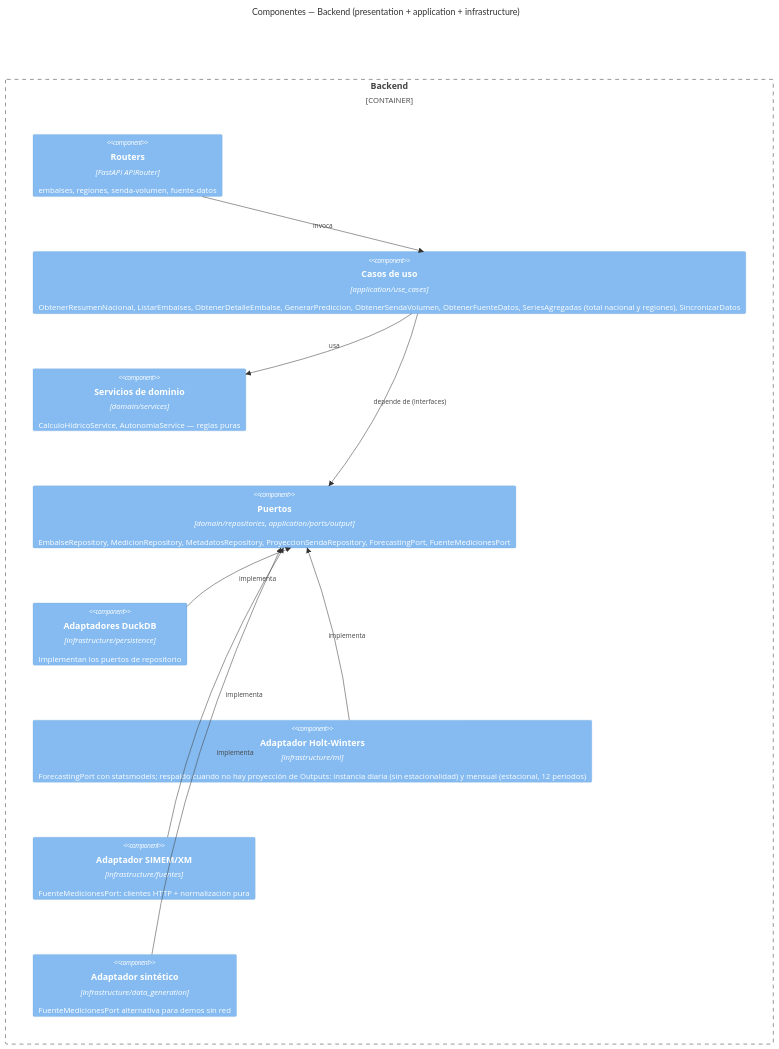
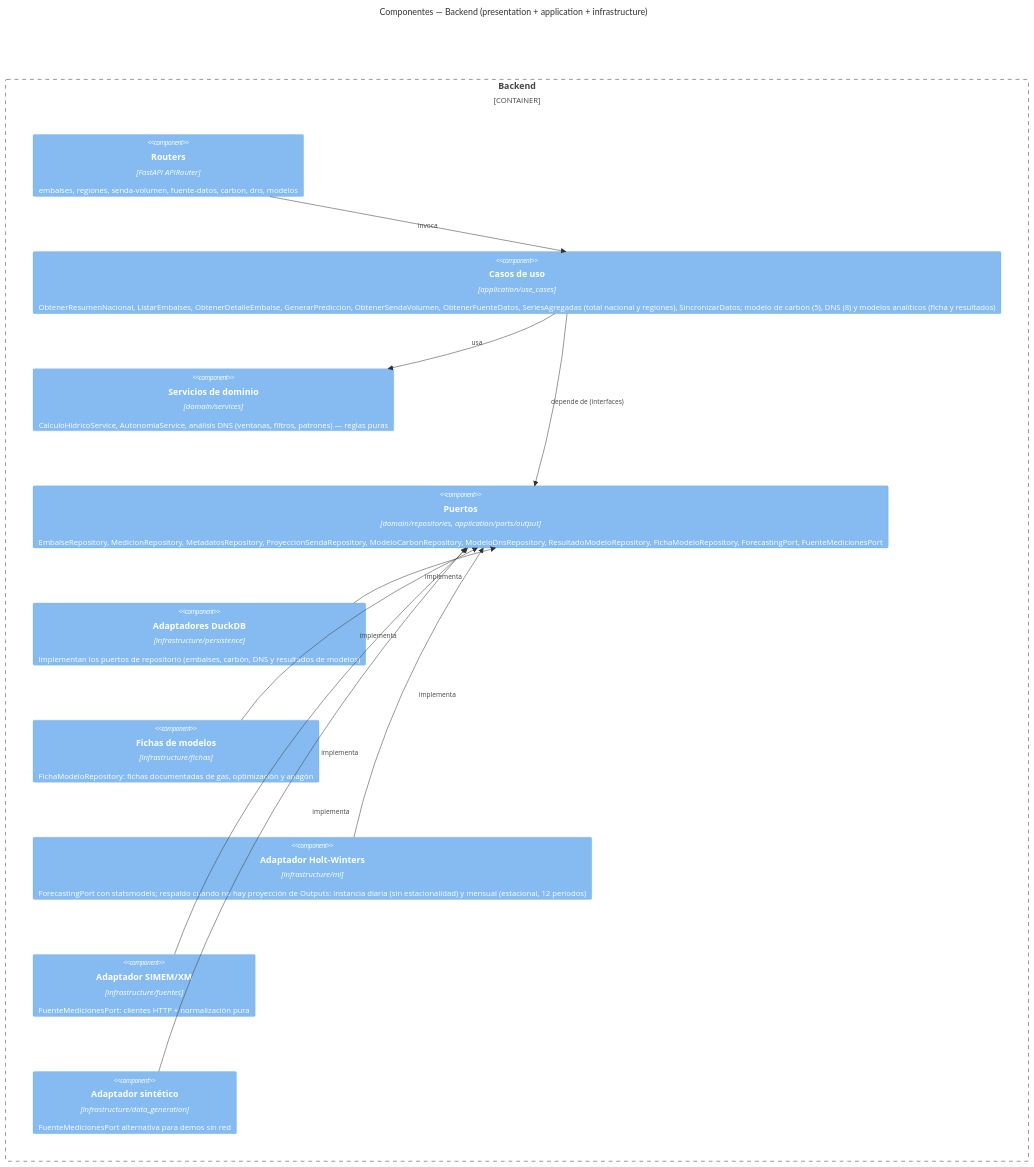
One commit to alerogoz85/plataforma-embalses changed the third of 3 diagrams in README.md. Above: the diagram before and after it, drawn with Mermaid. The commit also changed other lines of this file and 1 other file, not shown here.

Commit message:
README: marca «Tableros Analíticos», diagramas C4 y README del frontend al día (#27)

````diff
--- a/README.md
+++ b/README.md
@@ -121,23 +128,25 @@
 ```mermaid
 C4Component
     title Componentes — Backend (presentation + application + infrastructure)
 
     Container_Boundary(api, "Backend") {
-        Component(routers, "Routers", "FastAPI APIRouter", "embalses, regiones, senda-volumen, fuente-datos")
-        Component(usecases, "Casos de uso", "application/use_cases", "ObtenerResumenNacional, ListarEmbalses, ObtenerDetalleEmbalse, GenerarPrediccion, ObtenerSendaVolumen, ObtenerFuenteDatos, SeriesAgregadas (total nacional y regiones), SincronizarDatos")
-        Component(domainsvc, "Servicios de dominio", "domain/services", "CalculoHidricoService, AutonomiaService — reglas puras")
-        Component(ports, "Puertos", "domain/repositories, application/ports/output", "EmbalseRepository, MedicionRepository, MetadatosRepository, ProyeccionSendaRepository, ForecastingPort, FuenteMedicionesPort")
-        Component(duckdbrepo, "Adaptadores DuckDB", "infrastructure/persistence", "Implementan los puertos de repositorio")
+        Component(routers, "Routers", "FastAPI APIRouter", "embalses, regiones, senda-volumen, fuente-datos, carbon, dns, modelos")
+        Component(usecases, "Casos de uso", "application/use_cases", "ObtenerResumenNacional, ListarEmbalses, ObtenerDetalleEmbalse, GenerarPrediccion, ObtenerSendaVolumen, ObtenerFuenteDatos, SeriesAgregadas (total nacional y regiones), SincronizarDatos; modelo de carbón (5), DNS (8) y modelos analíticos (ficha y resultados)")
+        Component(domainsvc, "Servicios de dominio", "domain/services", "CalculoHidricoService, AutonomiaService, análisis DNS (ventanas, filtros, patrones) — reglas puras")
+        Component(ports, "Puertos", "domain/repositories, application/ports/output", "EmbalseRepository, MedicionRepository, MetadatosRepository, ProyeccionSendaRepository, ModeloCarbonRepository, ModeloDnsRepository, ResultadoModeloRepository, FichaModeloRepository, ForecastingPort, FuenteMedicionesPort")
+        Component(duckdbrepo, "Adaptadores DuckDB", "infrastructure/persistence", "Implementan los puertos de repositorio (embalses, carbón, DNS y resultados de modelos)")
+        Component(fichas, "Fichas de modelos", "infrastructure/fichas", "FichaModeloRepository: fichas documentadas de gas, optimización y apagón")
         Component(mlservice, "Adaptador Holt-Winters", "infrastructure/ml", "ForecastingPort con statsmodels; respaldo cuando no hay proyección de Outputs: instancia diaria (sin estacionalidad) y mensual (estacional, 12 periodos)")
         Component(fuente, "Adaptador SIMEM/XM", "infrastructure/fuentes", "FuenteMedicionesPort: clientes HTTP + normalización pura")
         Component(sintetica, "Adaptador sintético", "infrastructure/data_generation", "FuenteMedicionesPort alternativa para demos sin red")
     }
 
     Rel(routers, usecases, "invoca")
     Rel(usecases, domainsvc, "usa")
     Rel(usecases, ports, "depende de (interfaces)")
     Rel(duckdbrepo, ports, "implementa")
     Rel(mlservice, ports, "implementa")
     Rel(fuente, ports, "implementa")
     Rel(sintetica, ports, "implementa")
+    Rel(fichas, ports, "implementa")
 ```
````
